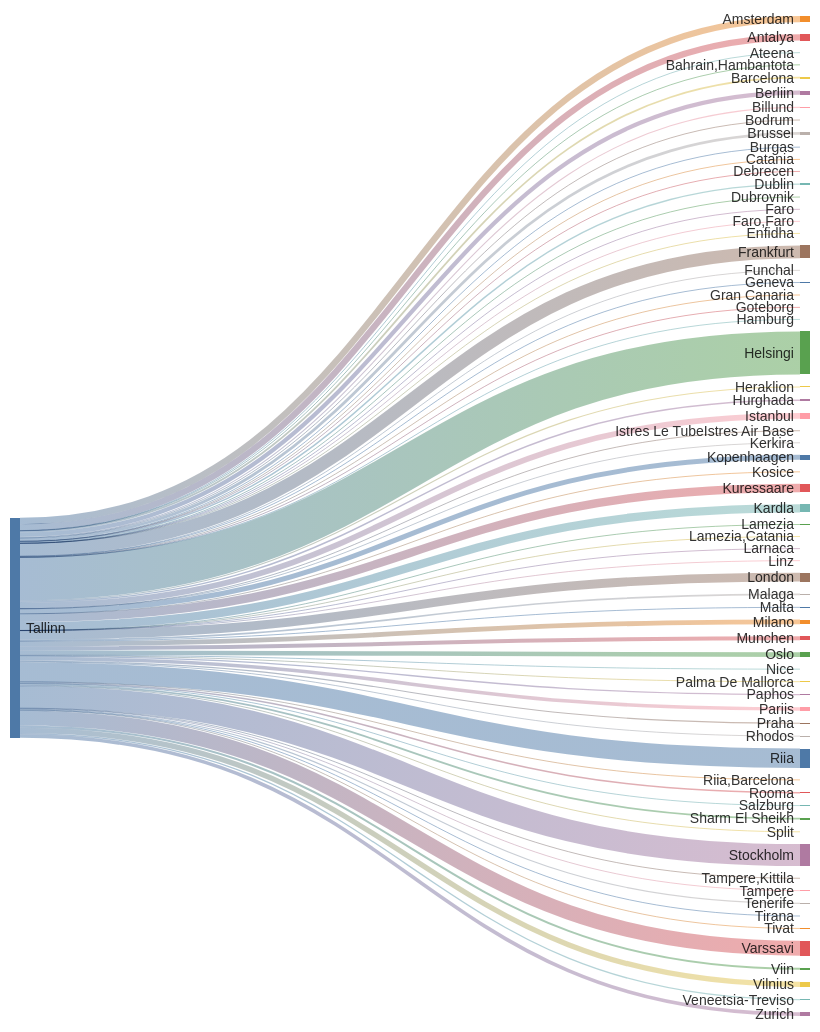
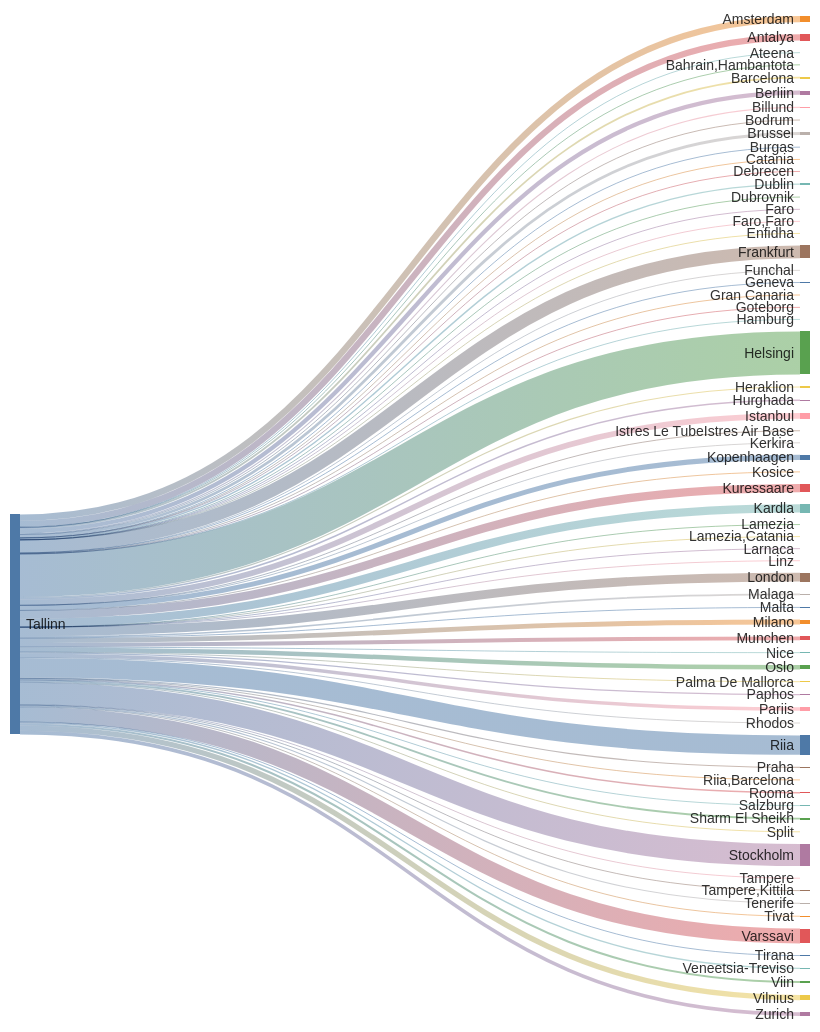
Before and after one commit to rainermesi/tll-airport-departures: the second of 2 diagrams in README.md, drawn with Mermaid. The commit also changed other lines of this file and 1 other file, not shown here.

````diff
--- a/README.md
+++ b/README.md
@@ -34,79 +34,79 @@
 ```mermaid
 ---
 config:
   sankey:
     showValues: false
     width: 800
     height: 1000
 ---
 sankey-beta
 %% source,target,value
-Tallinn,Amsterdam,331
-Tallinn,Antalya,322
+Tallinn,Amsterdam,333
+Tallinn,Antalya,323
 Tallinn,Ateena,16
 Tallinn,"Bahrain,Hambantota",1
-Tallinn,Barcelona,91
+Tallinn,Barcelona,93
 Tallinn,Berliin,220
-Tallinn,Billund,54
+Tallinn,Billund,55
 Tallinn,Bodrum,11
-Tallinn,Brussel,144
+Tallinn,Brussel,145
 Tallinn,Burgas,26
 Tallinn,Catania,2
 Tallinn,Debrecen,1
 Tallinn,Dublin,73
 Tallinn,Dubrovnik,21
 Tallinn,Enfidha,7
 Tallinn,Faro,4
 Tallinn,"Faro,Faro",1
-Tallinn,Frankfurt,663
+Tallinn,Frankfurt,665
 Tallinn,Funchal,5
 Tallinn,Geneva,13
 Tallinn,Gran Canaria,38
 Tallinn,Goteborg,1
 Tallinn,Hamburg,2
-Tallinn,Helsingi,2228
-Tallinn,Heraklion,56
+Tallinn,Helsingi,2239
+Tallinn,Heraklion,57
 Tallinn,Hurghada,75
-Tallinn,Istanbul,299
+Tallinn,Istanbul,300
 Tallinn,Istres Le TubeIstres Air Base,2
 Tallinn,Kerkira,4
-Tallinn,Kopenhaagen,259
+Tallinn,Kopenhaagen,261
 Tallinn,Kosice,1
-Tallinn,Kuressaare,431
-Tallinn,Kardla,431
+Tallinn,Kuressaare,433
+Tallinn,Kardla,433
 Tallinn,Lamezia,1
 Tallinn,"Lamezia,Catania",3
 Tallinn,Larnaca,4
 Tallinn,Linz,2
-Tallinn,London,458
-Tallinn,Malaga,86
+Tallinn,London,460
+Tallinn,Malaga,87
 Tallinn,Malta,18
 Tallinn,Milano,250
 Tallinn,Munchen,207
 Tallinn,Nice,30
 Tallinn,Oslo,235
 Tallinn,Palma De Mallorca,22
 Tallinn,Paphos,66
 Tallinn,Pariis,182
-Tallinn,Praha,57
+Tallinn,Praha,58
 Tallinn,Rhodos,38
-Tallinn,Riia,1004
+Tallinn,Riia,1009
 Tallinn,"Riia,Barcelona",1
 Tallinn,Rooma,80
 Tallinn,Salzburg,14
 Tallinn,Sharm El Sheikh,93
 Tallinn,Split,31
-Tallinn,Stockholm,1137
+Tallinn,Stockholm,1143
 Tallinn,Tampere,17
 Tallinn,"Tampere,Kittila",21
 Tallinn,Tenerife,58
 Tallinn,Tirana,11
 Tallinn,Tivat,34
-Tallinn,Varssavi,771
+Tallinn,Varssavi,774
 Tallinn,Veneetsia-Treviso,67
 Tallinn,Viin,106
-Tallinn,Vilnius,275
-Tallinn,Zurich,187
+Tallinn,Vilnius,276
+Tallinn,Zurich,188
 
 
 ```
````
